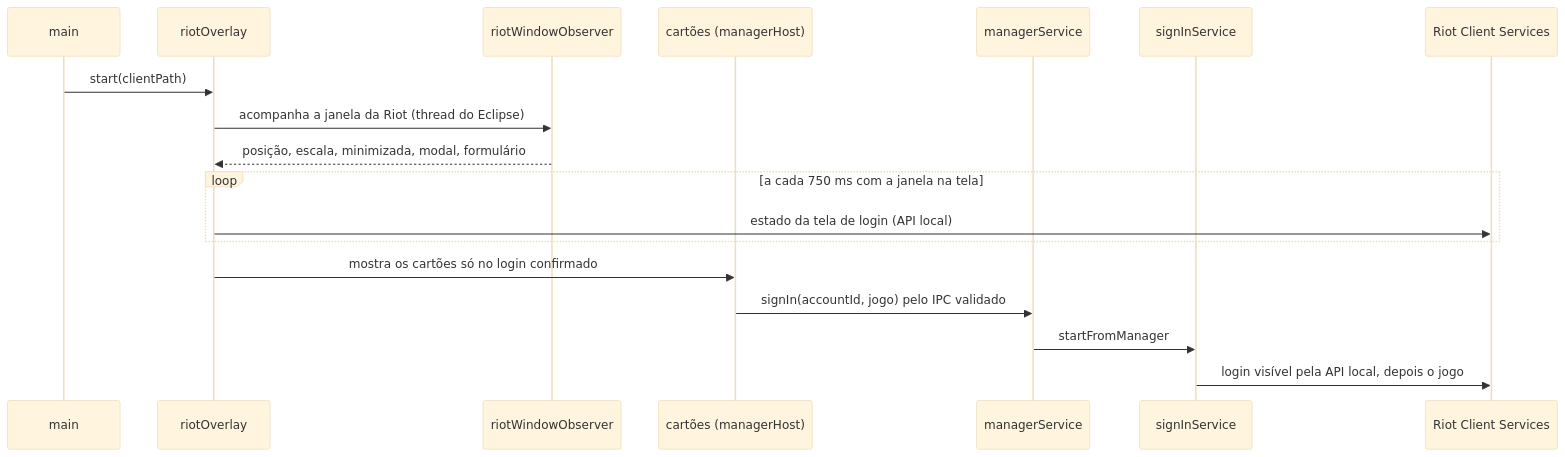
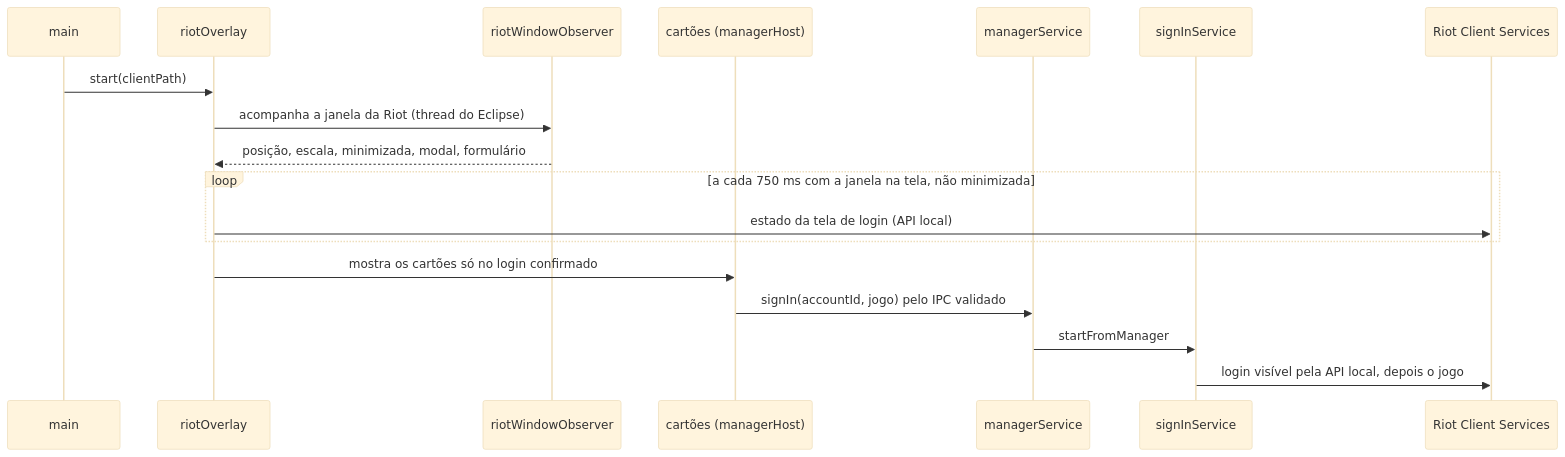
Before and after one commit to arthurmchd/eclipse: the diagram in docs/02 Arquitetura/Integração com o Riot Client.md, drawn with Mermaid (base theme). The commit also changed 52 other files, not shown here.

````diff
--- a/docs/02 Arquitetura/Integração com o Riot Client.md
+++ b/docs/02 Arquitetura/Integração com o Riot Client.md
@@ -14,21 +14,21 @@
 ```mermaid
 sequenceDiagram
   participant M as main
   participant O as riotOverlay
   participant W as riotWindowObserver
   participant C as cartões (managerHost)
   participant MS as managerService
   participant SS as signInService
   participant RCS as Riot Client Services
 
   M->>O: start(clientPath)
   O->>W: acompanha a janela da Riot (thread do Eclipse)
   W-->>O: posição, escala, minimizada, modal, formulário
-  loop a cada 750 ms com a janela na tela
+  loop a cada 750 ms com a janela na tela, não minimizada
     O->>RCS: estado da tela de login (API local)
   end
   O->>C: mostra os cartões só no login confirmado
   C->>MS: signIn(accountId, jogo) pelo IPC validado
   MS->>SS: startFromManager
   SS->>RCS: login visível pela API local, depois o jogo
 ```
````
